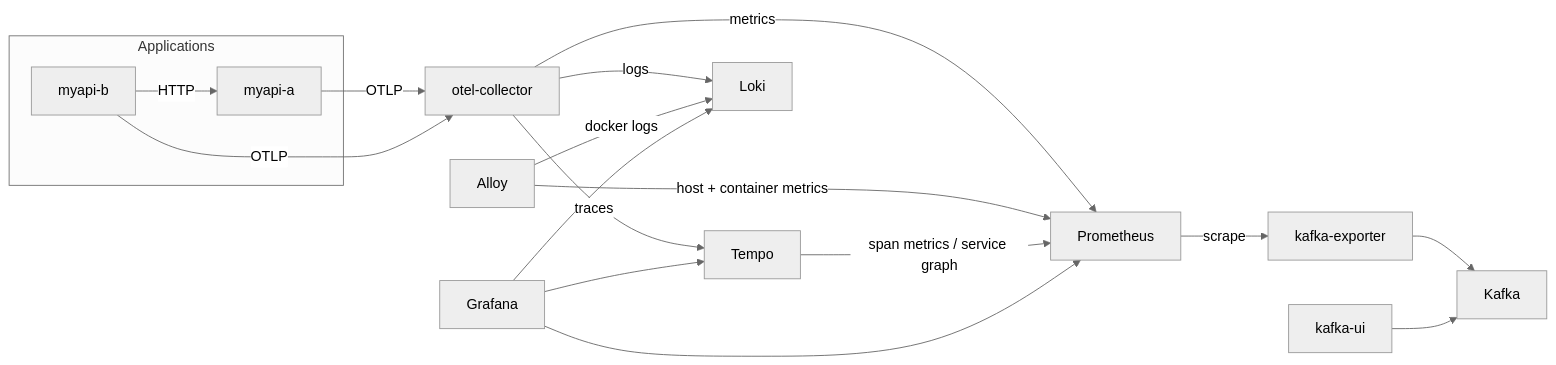
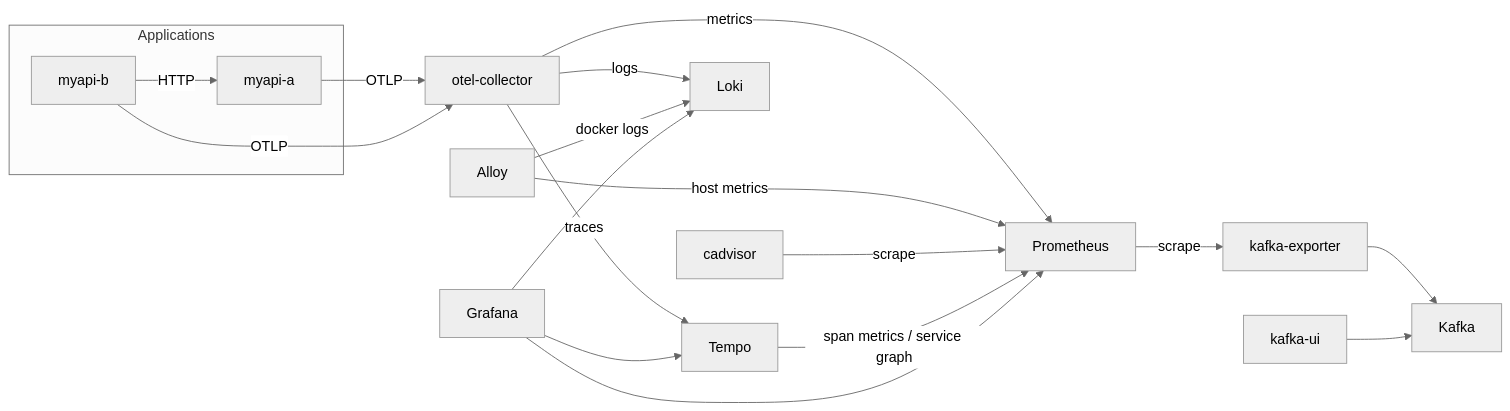
Before and after one commit to s-toufik/homelab-infra: the diagram in README.md, drawn with Mermaid (neutral theme). The commit also changed other lines of this file and 11 other files, not shown here.

````diff
--- a/README.md
+++ b/README.md
@@ -8,16 +10,17 @@
 ```mermaid
 flowchart LR
   subgraph apps[Applications]
     B[myapi-b] -->|HTTP| A[myapi-a]
   end
   A & B -->|OTLP| OC[otel-collector]
   OC -->|traces| T[Tempo]
   OC -->|metrics| P[Prometheus]
   OC -->|logs| L[Loki]
-  AL[Alloy] -->|host + container metrics| P
+  AL[Alloy] -->|host metrics| P
   AL -->|docker logs| L
+  CA[cadvisor] -->|scrape| P
   T -->|span metrics / service graph| P
   P -->|scrape| KE[kafka-exporter] --> K[Kafka]
   KU[kafka-ui] --> K
   G[Grafana] --> P & L & T
 ```
````
